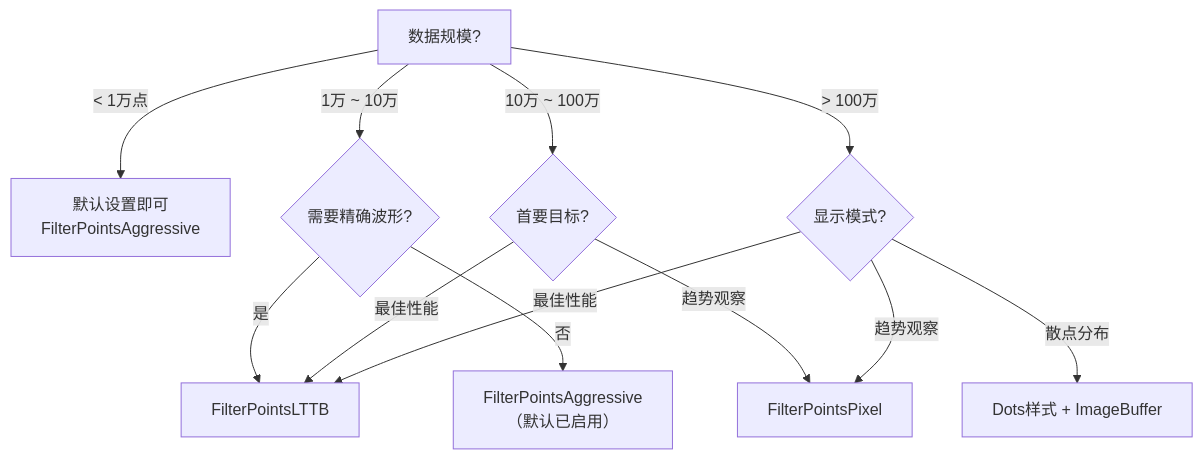
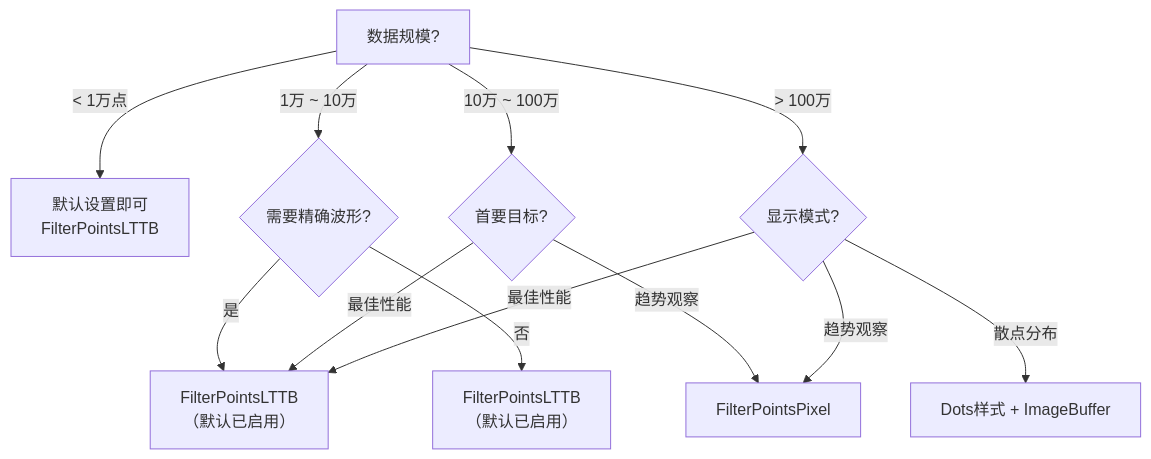
One commit to space-ast/QWT changed the second of 2 diagrams in docs/zh/use-guide/curve.md. Above: the diagram before and after it, drawn with Mermaid. The commit also changed other lines of this file and 2 other files, not shown here.

````diff
--- a/docs/zh/use-guide/curve.md
+++ b/docs/zh/use-guide/curve.md
@@ -376,14 +376,14 @@
 ```mermaid
 graph TD
-    A[数据规模?] -->|"< 1万点"| B[默认设置即可<br/>FilterPointsAggressive]
+    A[数据规模?] -->|"< 1万点"| B[默认设置即可<br/>FilterPointsLTTB]
     A -->|"1万 ~ 10万"| C{需要精确波形?}
-    C -->|是| D[FilterPointsLTTB]
-    C -->|否| E[FilterPointsAggressive<br/>（默认已启用）]
+    C -->|是| D[FilterPointsLTTB<br/>（默认已启用）]
+    C -->|否| E[FilterPointsLTTB<br/>（默认已启用）]
     A -->|"10万 ~ 100万"| F{首要目标?}
     F -->|最佳性能| D
     F -->|趋势观察| G[FilterPointsPixel]
     A -->|"> 100万"| H{显示模式?}
     H -->|最佳性能| D
     H -->|散点分布| I["Dots样式 + ImageBuffer"]
     H -->|趋势观察| G
 ```
````
